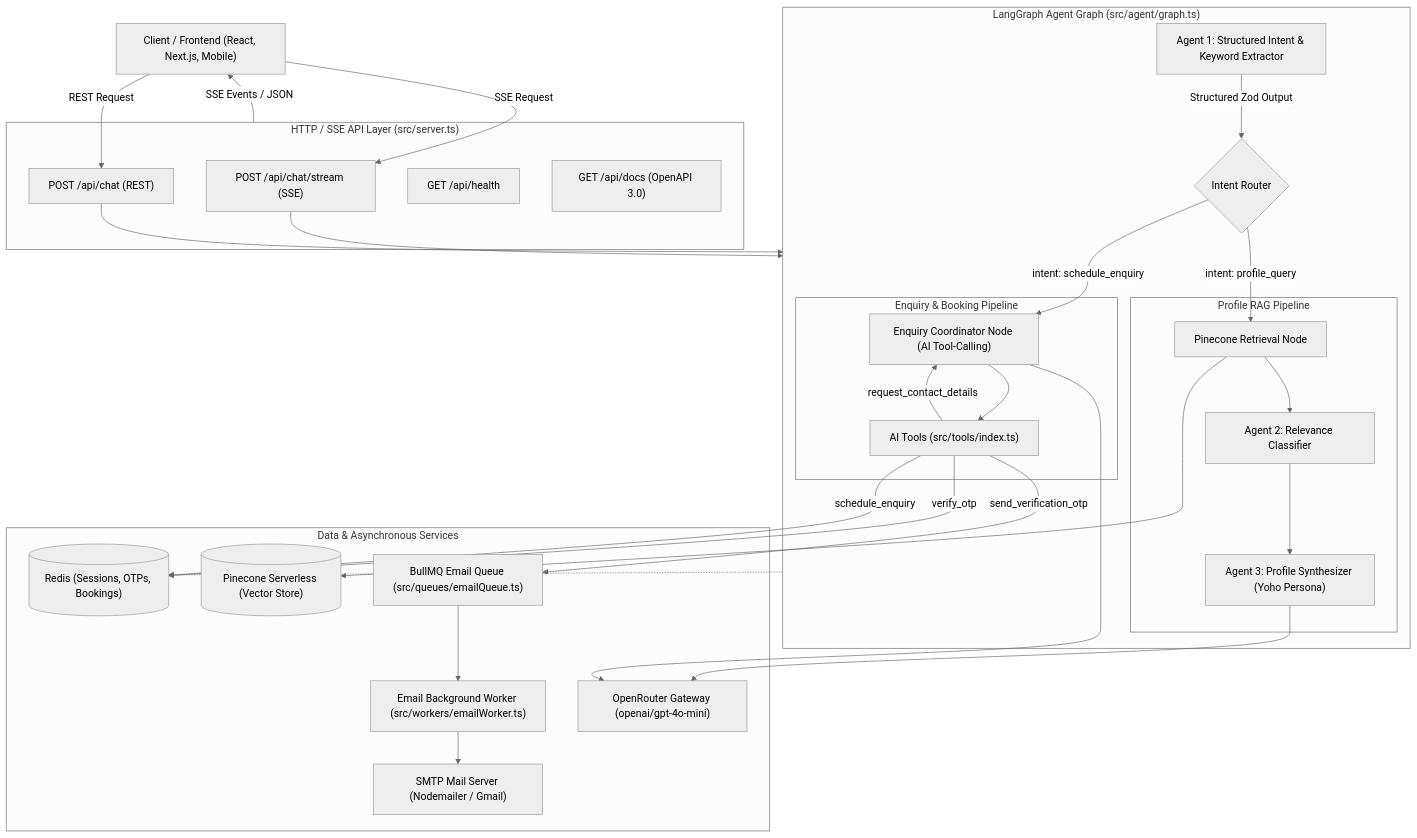
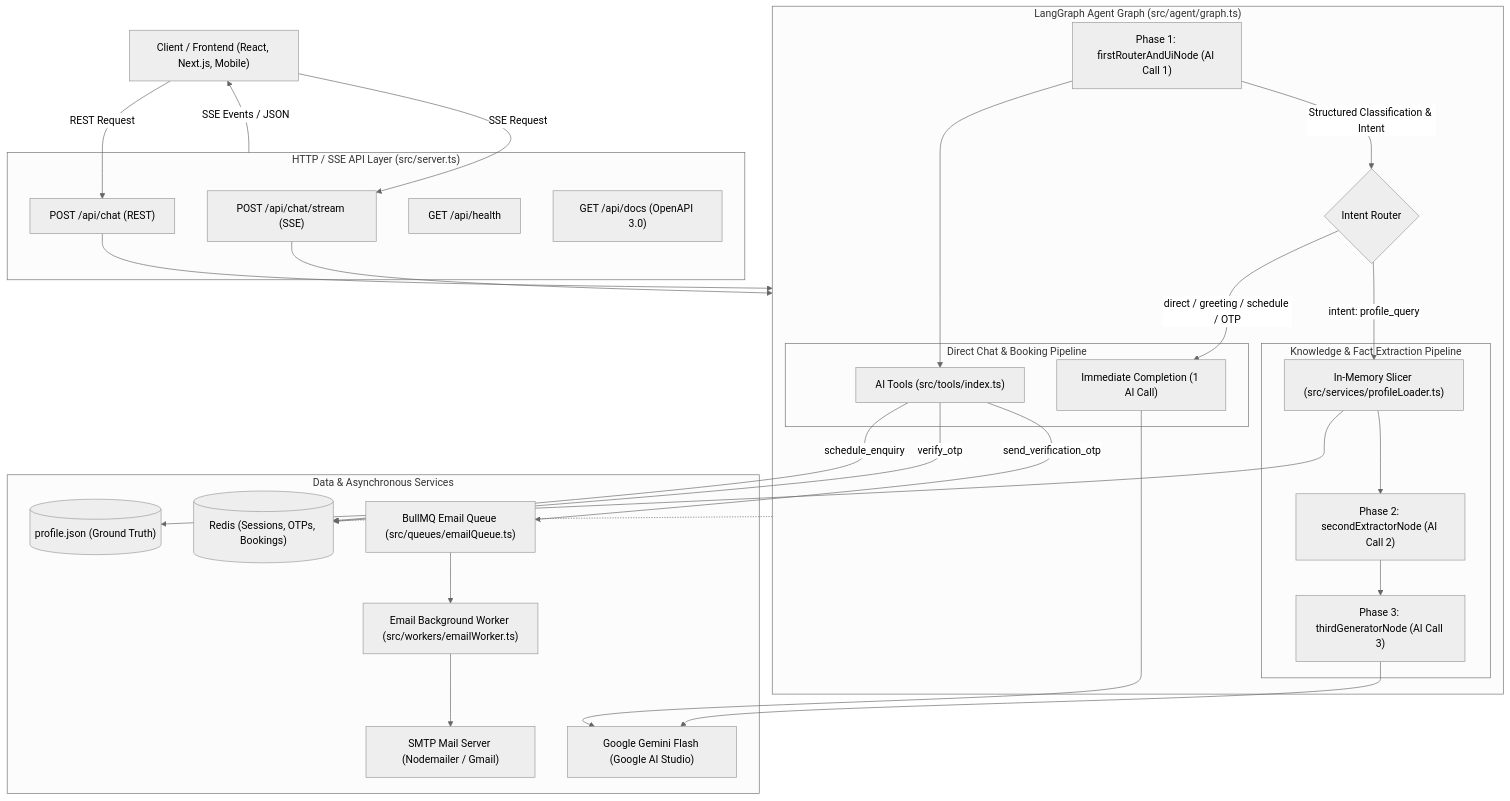
One commit to vyshn4v/YohoAiAgent changed the first of 3 diagrams in docs/ARCHITECTURE.md. Above: the diagram before and after it, drawn with Mermaid (neutral theme). The commit also changed other lines of this file and 2 other files, not shown here.

Commit message:
docs: update ARCHITECTURE.md, README.md, and FRONTEND_INTEGRATION_GUIDE.md to reflect Gemini provider, profile.json slicing, and YohoAiAgent

````diff
--- a/docs/ARCHITECTURE.md
+++ b/docs/ARCHITECTURE.md
@@ -19,62 +19,61 @@
 ```mermaid
 flowchart TD
     Client["Client / Frontend (React, Next.js, Mobile)"]
     
     subgraph ExpressLayer ["HTTP / SSE API Layer (src/server.ts)"]
         StreamAPI["POST /api/chat/stream (SSE)"]
         RestAPI["POST /api/chat (REST)"]
         HealthAPI["GET /api/health"]
         SwaggerAPI["GET /api/docs (OpenAPI 3.0)"]
     end
 
     subgraph LangGraphLayer ["LangGraph Agent Graph (src/agent/graph.ts)"]
-        Agent1["Agent 1: Structured Intent & Keyword Extractor"]
+        Node1["Phase 1: firstRouterAndUiNode (AI Call 1)"]
         Router{"Intent Router"}
         
-        subgraph RAGPipeline ["Profile RAG Pipeline"]
-            PineconeNode["Pinecone Retrieval Node"]
-            Agent2["Agent 2: Relevance Classifier"]
-            Agent3["Agent 3: Profile Synthesizer (Yoho Persona)"]
+        subgraph KnowledgePipeline ["Knowledge & Fact Extraction Pipeline"]
+            Slicer["In-Memory Slicer (src/services/profileLoader.ts)"]
+            Node2["Phase 2: secondExtractorNode (AI Call 2)"]
+            Node3["Phase 3: thirdGeneratorNode (AI Call 3)"]
         end
         
-        subgraph EnquiryPipeline ["Enquiry & Booking Pipeline"]
-            Coordinator["Enquiry Coordinator Node (AI Tool-Calling)"]
+        subgraph DirectPipeline ["Direct Chat & Booking Pipeline"]
+            DirectComplete["Immediate Completion (1 AI Call)"]
             Tools["AI Tools (src/tools/index.ts)"]
         end
     end
 
-    subgraph StorageLayer ["Data & Asynchronous Services"]
+    subgraph DataLayer ["Data & Asynchronous Services"]
+        ProfileJSON[("profile.json (Ground Truth)")]
         RedisDB[("Redis (Sessions, OTPs, Bookings)")]
-        PineconeDB[("Pinecone Serverless (Vector Store)")]
         BullQueue["BullMQ Email Queue (src/queues/emailQueue.ts)"]
         Worker["Email Background Worker (src/workers/emailWorker.ts)"]
         SMTP["SMTP Mail Server (Nodemailer / Gmail)"]
-        OpenRouter["OpenRouter Gateway (openai/gpt-4o-mini)"]
+        GeminiAPI["Google Gemini Flash (Google AI Studio)"]
     end
 
     Client -->|SSE Request| StreamAPI
     Client -->|REST Request| RestAPI
     StreamAPI --> LangGraphLayer
     RestAPI --> LangGraphLayer
 
-    Agent1 -->|Structured Zod Output| Router
-    Router -->|intent: profile_query| PineconeNode
-    Router -->|intent: schedule_enquiry| Coordinator
+    Node1 -->|Structured Classification & Intent| Router
+    Router -->|intent: profile_query| Slicer
+    Router -->|direct / greeting / schedule / OTP| DirectComplete
 
-    PineconeNode --> PineconeDB
-    PineconeNode --> Agent2
-    Agent2 --> Agent3
-    Agent3 --> OpenRouter
+    Slicer --> ProfileJSON
+    Slicer --> Node2
+    Node2 --> Node3
+    Node3 --> GeminiAPI
 
-    Coordinator --> OpenRouter
-    Coordinator --> Tools
-    Tools -->|request_contact_details| Coordinator
+    Node1 --> Tools
+    DirectComplete --> GeminiAPI
     Tools -->|send_verification_otp| BullQueue
     Tools -->|verify_otp| RedisDB
     Tools -->|schedule_enquiry| RedisDB
 
     BullQueue --> Worker
     Worker --> SMTP
     LangGraphLayer -.-> RedisDB
     ExpressLayer -->|SSE Events / JSON| Client
 ```
````
